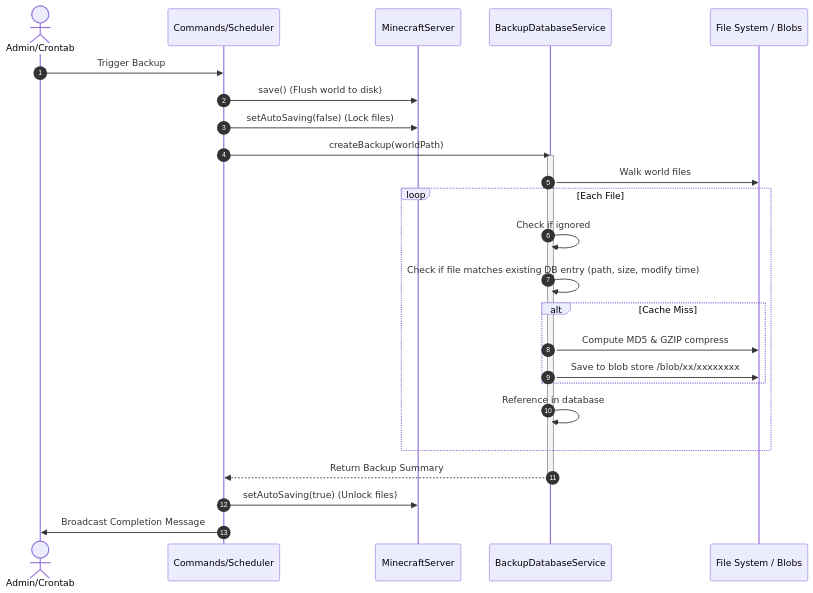
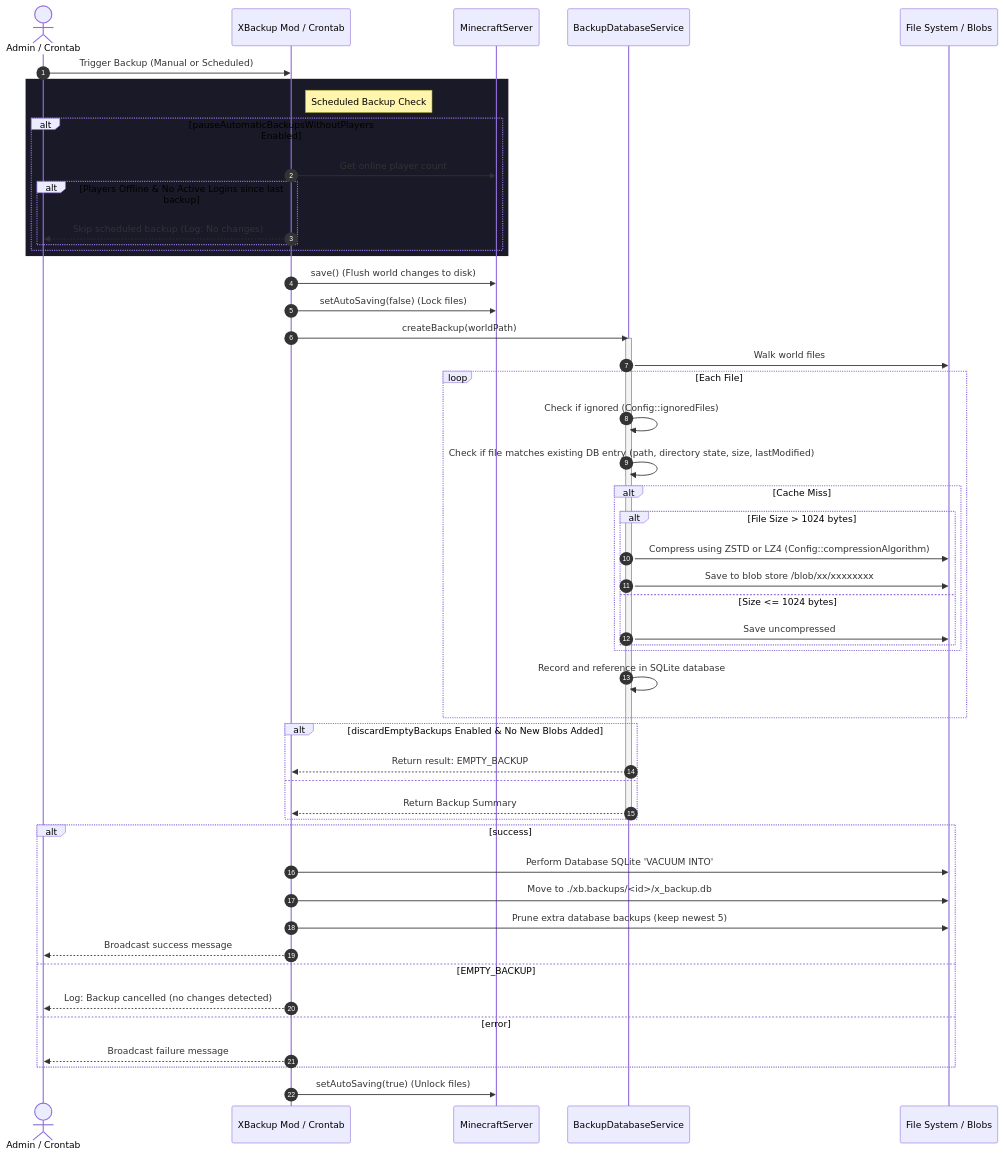
The second of 4 diagrams in project_map.md (lnminh1411/x-backup), drawn with Mermaid before and after one commit. The commit also changed other lines of this file and 11 other files, not shown here.

Commit message:
Release 1.2.0: BLAKE3 hashing, GFS integer config, chat broadcast controls, and SQLite migration fixes

````diff
--- a/project_map.md
+++ b/project_map.md
@@ -81,29 +94,60 @@
 ```mermaid
 sequenceDiagram
     autonumber
-    actor Admin as Admin/Crontab
-    participant Cmd as Commands/Scheduler
+    actor Admin as Admin / Crontab
+    participant Mod as XBackup Mod / Crontab
     participant MS as MinecraftServer
     participant DB as BackupDatabaseService
     participant Disk as File System / Blobs
 
-    Admin->>Cmd: Trigger Backup
-    Cmd->>MS: save() (Flush world to disk)
-    Cmd->>MS: setAutoSaving(false) (Lock files)
-    Cmd->>DB: createBackup(worldPath)
+    Admin->>Mod: Trigger Backup (Manual or Scheduled)
+    
+    rect rgb(25, 25, 40)
+        note right of Mod: Scheduled Backup Check
+        alt pauseAutomaticBackupsWithoutPlayers Enabled
+            Mod->>MS: Get online player count
+            alt Players Offline & No Active Logins since last backup
+                Mod-->>Admin: Skip scheduled backup (Log: No changes)
+            end
+        end
+    end
+
+    Mod->>MS: save() (Flush world changes to disk)
+    Mod->>MS: setAutoSaving(false) (Lock files)
+    Mod->>DB: createBackup(worldPath)
     activate DB
     DB->>Disk: Walk world files
     loop Each File
-        DB->>DB: Check if ignored
-        DB->>DB: Check if file matches existing DB entry (path, size, modify time)
+        DB->>DB: Check if ignored (Config::ignoredFiles)
+        DB->>DB: Check if file matches existing DB entry (path, directory state, size, lastModified)
         alt Cache Miss
-            DB->>Disk: Compute MD5 & GZIP compress
-            DB->>Disk: Save to blob store /blob/xx/xxxxxxxx
+            alt File Size > 1024 bytes
+                DB->>Disk: Compress using ZSTD or LZ4 (Config::compressionAlgorithm)
+                DB->>Disk: Save to blob store /blob/xx/xxxxxxxx
+            else Size <= 1024 bytes
+                DB->>Disk: Save uncompressed
+            end
         end
-        DB->>DB: Reference in database
+        DB->>DB: Record and reference in SQLite database
     end
-    DB-->>Cmd: Return Backup Summary
+    
+    alt discardEmptyBackups Enabled & No New Blobs Added
+        DB-->>Mod: Return result: EMPTY_BACKUP
+    else
+        DB-->>Mod: Return Backup Summary
+    end
     deactivate DB
-    Cmd->>MS: setAutoSaving(true) (Unlock files)
-    Cmd->>Admin: Broadcast Completion Message
+
+    alt success
+        Mod->>Disk: Perform Database SQLite 'VACUUM INTO'
+        Mod->>Disk: Move to ./xb.backups/<id>/x_backup.db
+        Mod->>Disk: Prune extra database backups (keep newest 5)
+        Mod-->>Admin: Broadcast success message
+    else EMPTY_BACKUP
+        Mod-->>Admin: Log: Backup cancelled (no changes detected)
+    else error
+        Mod-->>Admin: Broadcast failure message
+    end
+
+    Mod->>MS: setAutoSaving(true) (Unlock files)
 ```
````
